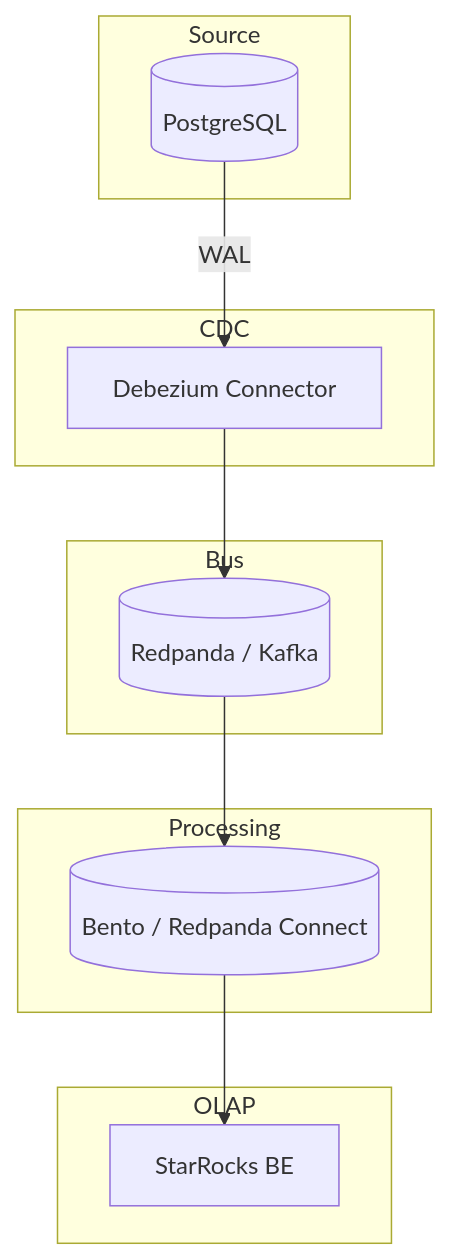
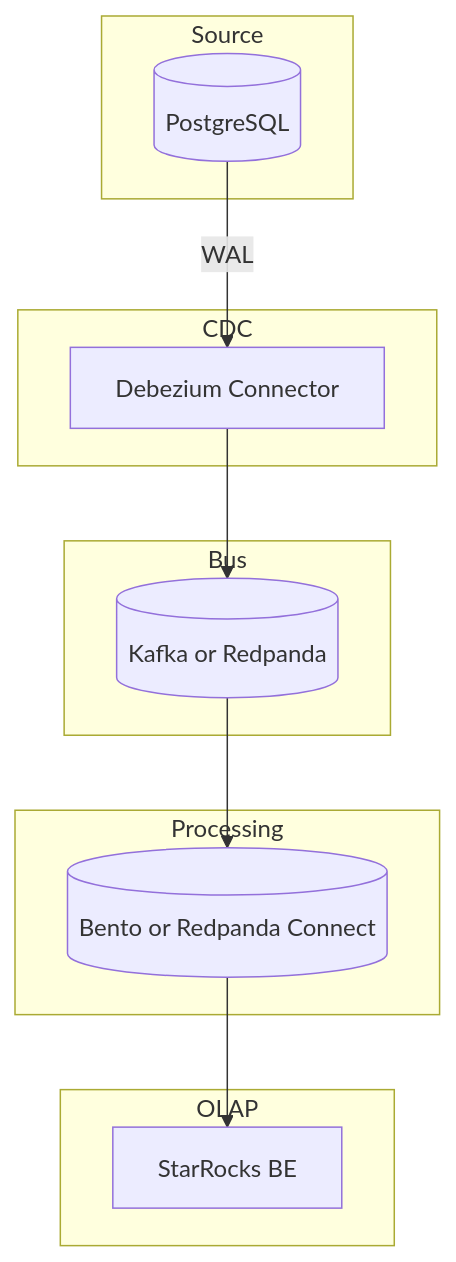
Before and after one commit to udleinati/postgres-to-starrocks-pipeline: the diagram in README.md, drawn with Mermaid. The commit also changed other lines of this file, not shown here.

````diff
--- a/README.md
+++ b/README.md
@@ -27,24 +27,24 @@
 ```mermaid
 flowchart TD
 subgraph Source
 PG[(PostgreSQL)]
 end
 
 subgraph CDC
 DBZ[Debezium Connector]
 end
 
 subgraph Bus
-KAFKA[(Redpanda / Kafka)]
+KAFKA[(Kafka or Redpanda)]
 end
 
 subgraph Processing
-BENTO[(Bento / Redpanda Connect)]
+BENTO[(Bento or Redpanda Connect)]
 end
 
 subgraph OLAP
 SR_BE[StarRocks BE]
 end
 
 PG -- WAL --> DBZ --> KAFKA --> BENTO --> SR_BE
 ```
````
